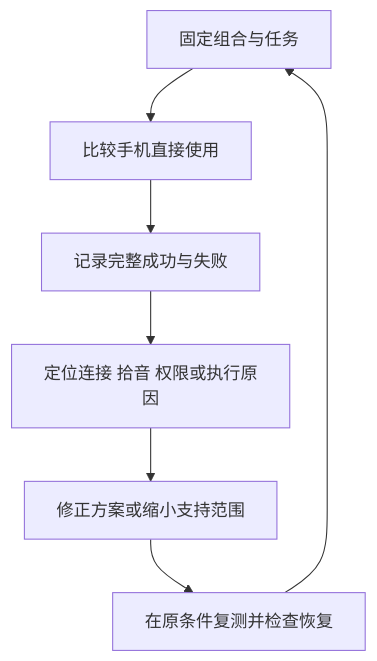
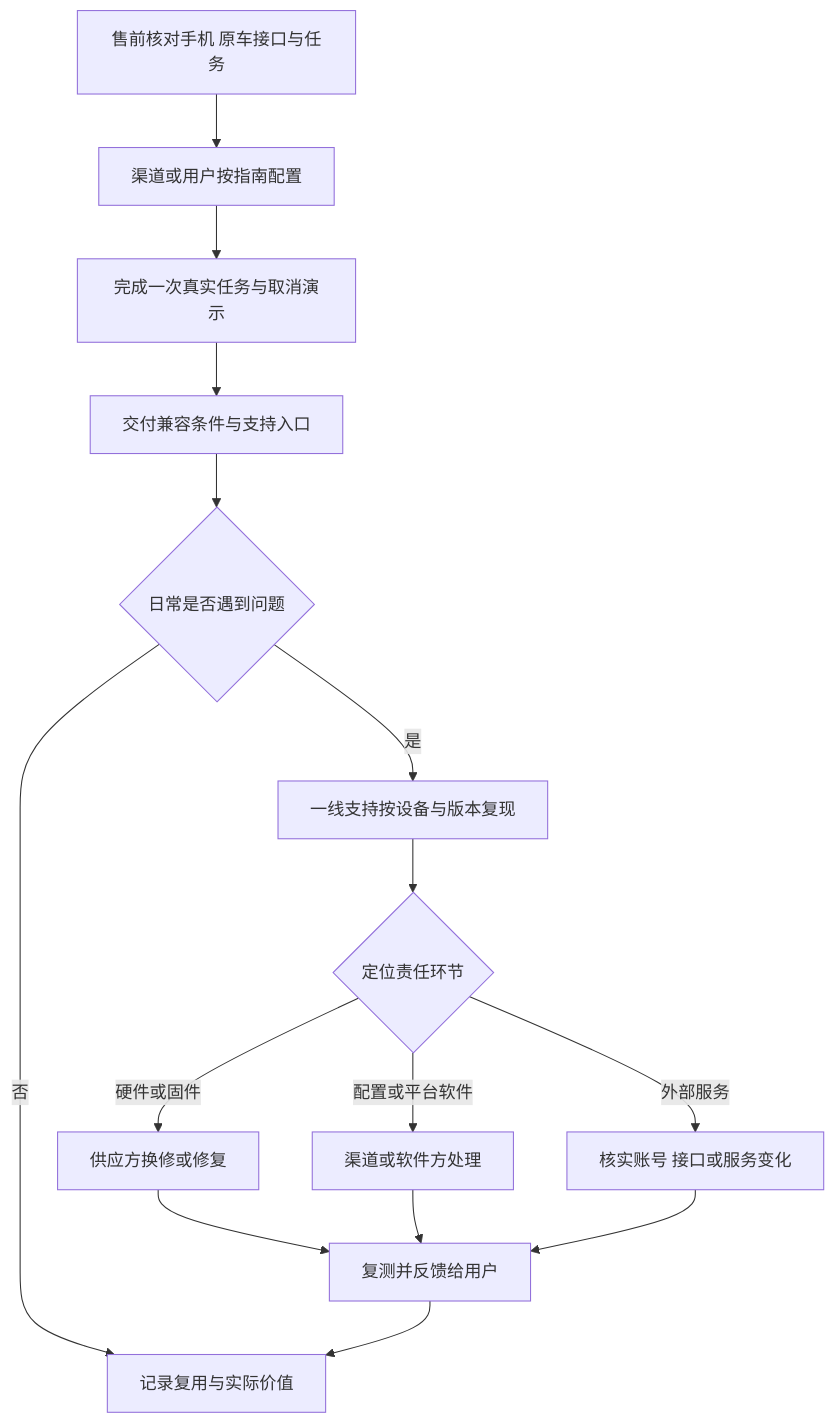
Before and after one commit to DreamSoul-AI/in-vehicle-ai-research: the diagram in dist/diagrams/fig-11.mmd, drawn with Mermaid. The commit also changed 42 other files, not shown here.

```diff
--- a/dist/diagrams/fig-11.mmd
+++ b/dist/diagrams/fig-11.mmd
@@ -1,8 +1,16 @@
-%% title: 任务验证与改进闭环
-flowchart TB
-  A[固定组合与任务] --> B[比较手机直接使用]
-  B --> C[记录完整成功与失败]
-  C --> D[定位连接 拾音 权限或执行原因]
-  D --> E[修正方案或缩小支持范围]
-  E --> F[在原条件复测并检查恢复]
-  F --> A
+%% title: 配置、交付与支持责任链
+flowchart TD
+  A[售前核对手机 原车接口与任务] --> B[渠道或用户按指南配置]
+  B --> C[完成一次真实任务与取消演示]
+  C --> D[交付兼容条件与支持入口]
+  D --> E{日常是否遇到问题}
+  E -->|否| F[记录复用与实际价值]
+  E -->|是| G[一线支持按设备与版本复现]
+  G --> H{定位责任环节}
+  H -->|硬件或固件| I[供应方换修或修复]
+  H -->|配置或平台软件| J[渠道或软件方处理]
+  H -->|外部服务| K[核实账号 接口或服务变化]
+  I --> L[复测并反馈给用户]
+  J --> L
+  K --> L
+  L --> F
```
